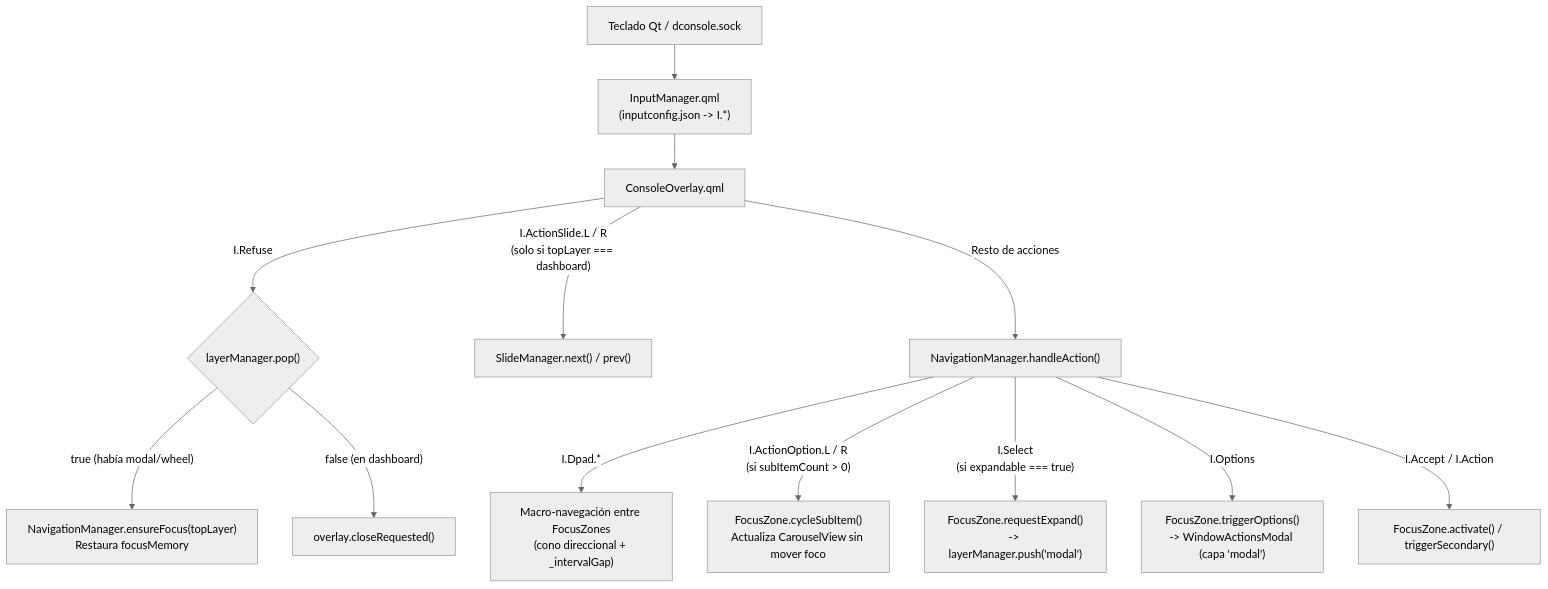
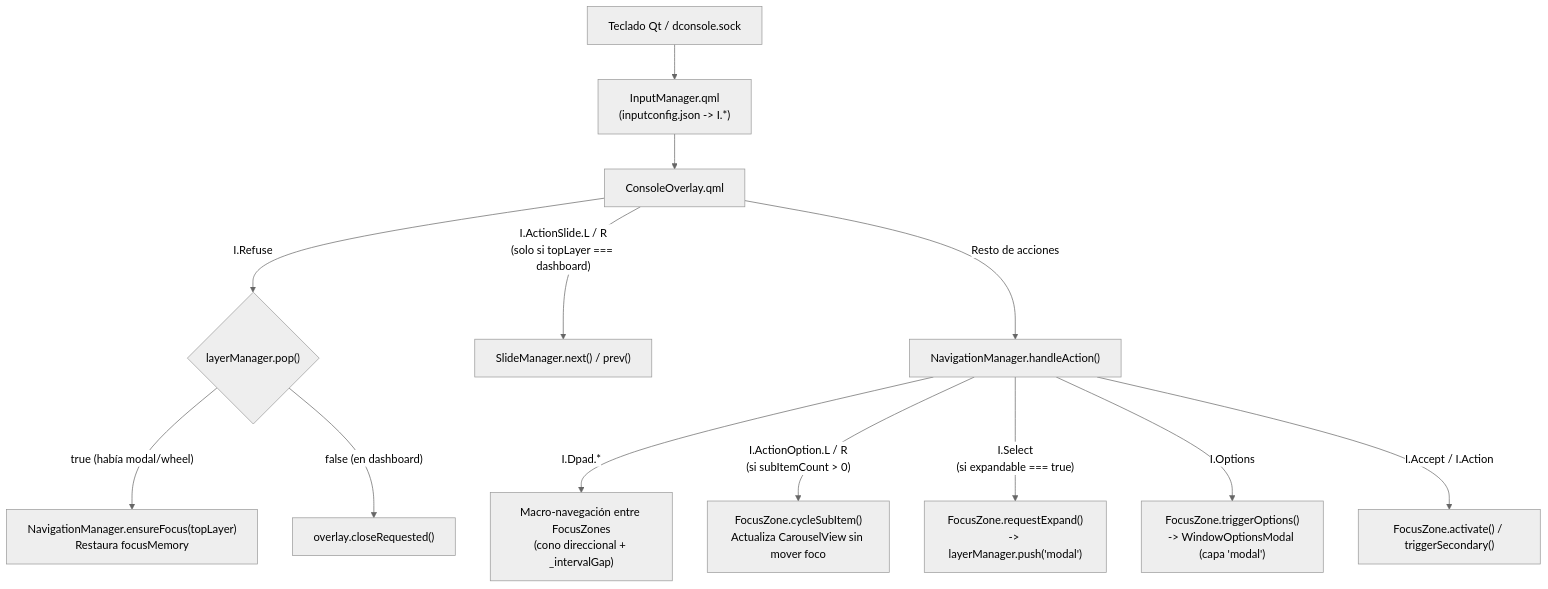
The second of 2 diagrams in docs/FLOW.md (JessVolet/DuxConsole), drawn with Mermaid (neutral theme) before and after one commit. The commit also changed 12 other files, not shown here.

````diff
--- a/docs/FLOW.md
+++ b/docs/FLOW.md
@@ -45,18 +45,18 @@
 ```mermaid
 flowchart TD
     IN["Teclado Qt / dconsole.sock"] --> IM["InputManager.qml<br/>(inputconfig.json -> I.*)"]
     IM --> CO["ConsoleOverlay.qml"]
 
     CO -->|"I.Refuse"| POP{"layerManager.pop()"}
     POP -->|"true (había modal/wheel)"| RESTORE["NavigationManager.ensureFocus(topLayer)<br/>Restaura focusMemory"]
     POP -->|"false (en dashboard)"| CLOSE["overlay.closeRequested()"]
 
     CO -->|"I.ActionSlide.L / R<br/>(solo si topLayer === dashboard)"| SLIDE["SlideManager.next() / prev()"]
 
     CO -->|"Resto de acciones"| NM["NavigationManager.handleAction()"]
     NM -->|"I.Dpad.*"| MACRO["Macro-navegación entre FocusZones<br/>(cono direccional + _intervalGap)"]
     NM -->|"I.ActionOption.L / R<br/>(si subItemCount > 0)"| MICRO["FocusZone.cycleSubItem()<br/>Actualiza CarouselView sin mover foco"]
     NM -->|"I.Select<br/>(si expandable === true)"| EXP["FocusZone.requestExpand()<br/>-> layerManager.push('modal')"]
-    NM -->|"I.Options"| OPT["FocusZone.triggerOptions()<br/>-> WindowActionsModal (capa 'modal')"]
+    NM -->|"I.Options"| OPT["FocusZone.triggerOptions()<br/>-> WindowOptionsModal (capa 'modal')"]
     NM -->|"I.Accept / I.Action"| ACT["FocusZone.activate() / triggerSecondary()"]
 ```
````
